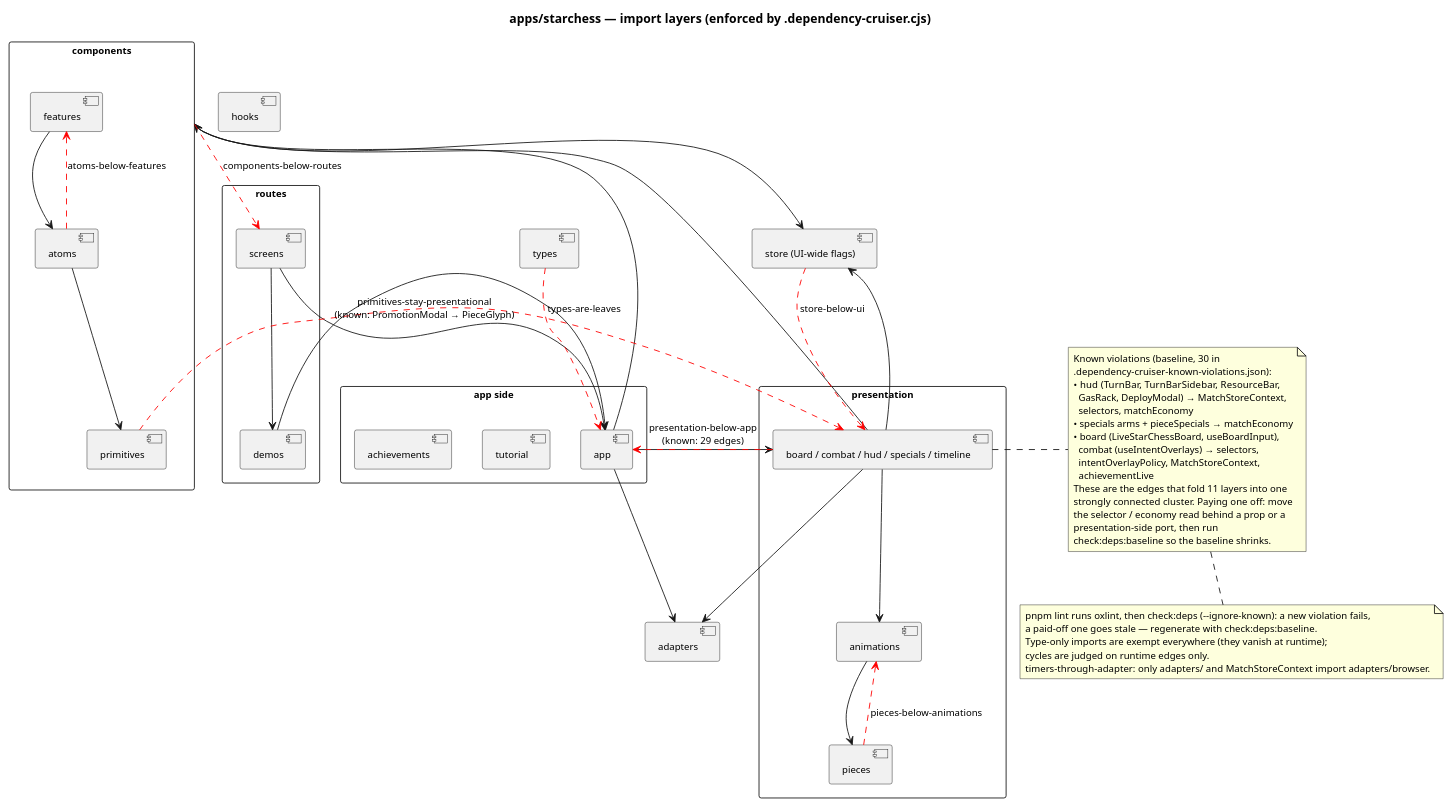
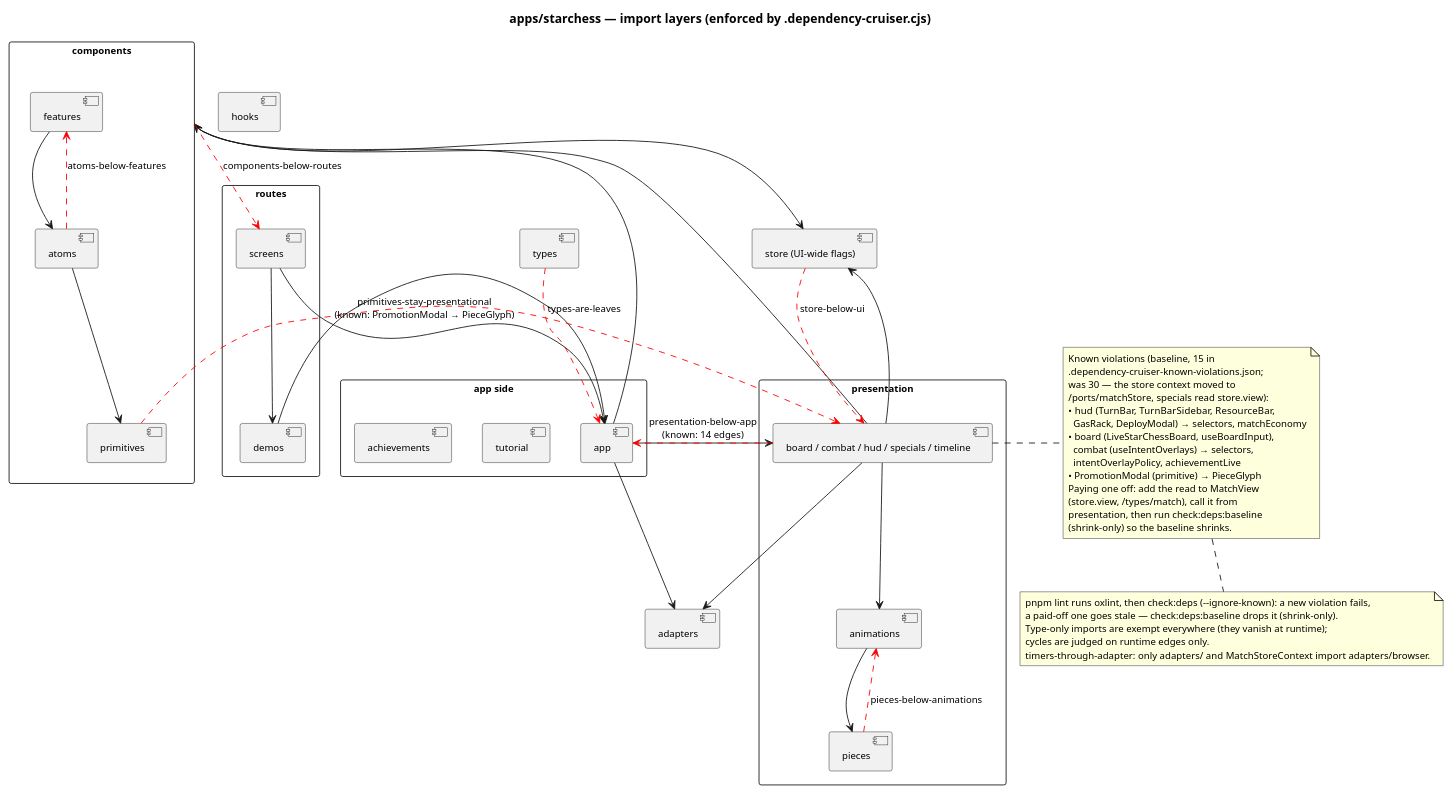
The diagram in _spec/apps/starchess/architecture/layers.puml (proveo-ca/chess-coach), drawn with PlantUML before and after one commit. The commit also changed 39 other files, not shown here.

First line of the commit message:
Scope capabilities per screen; start the presentation port (#35)

```diff
--- a/_spec/apps/starchess/architecture/layers.puml
+++ b/_spec/apps/starchess/architecture/layers.puml
@@ -1,80 +1,79 @@
 @startuml layers
 title apps/starchess — import layers (enforced by .dependency-cruiser.cjs)
 
 skinparam shadowing false
 skinparam defaultFontSize 11
 skinparam packageStyle rectangle
 
 package "routes" {
   [screens] as screens
   [demos] as demos
 }
 package "app side" {
   [app] as app
   [tutorial] as tutorial
   [achievements] as ach
 }
 package "presentation" {
   [animations] as anim
   [pieces] as pieces
   [board / combat / hud / specials / timeline] as pres
 }
 package "components" {
   [features] as features
   [atoms] as atoms
   [primitives] as prims
 }
 [store (UI-wide flags)] as store
 [hooks] as hooks
 [adapters] as adapters
 [types] as types
 
 screens --> demos
 screens --> app
 demos --> app
 app --> pres
 app --> components
 pres --> anim
 anim --> pieces
 pres --> components
 features --> atoms
 atoms --> prims
 pres --> store
 components --> store
 app --> adapters
 pres --> adapters
 
 pieces -[#red,dashed]-> anim : pieces-below-animations
 prims -[#red,dashed]-> pres : primitives-stay-presentational\n(known: PromotionModal → PieceGlyph)
 atoms -[#red,dashed]-> features : atoms-below-features
 components -[#red,dashed]-> screens : components-below-routes
-pres -[#red,dashed]-> app : presentation-below-app\n(known: 29 edges)
+pres -[#red,dashed]-> app : presentation-below-app\n(known: 14 edges)
 store -[#red,dashed]-> pres : store-below-ui
 types -[#red,dashed]-> app : types-are-leaves
 
 note right of pres
-  Known violations (baseline, 30 in
-  .dependency-cruiser-known-violations.json):
+  Known violations (baseline, 15 in
+  .dependency-cruiser-known-violations.json;
+  was 30 — the store context moved to
+  ~/ports/matchStore, specials read store.view):
   • hud (TurnBar, TurnBarSidebar, ResourceBar,
-    GasRack, DeployModal) → MatchStoreContext,
-    selectors, matchEconomy
-  • specials arms + pieceSpecials → matchEconomy
+    GasRack, DeployModal) → selectors, matchEconomy
   • board (LiveStarChessBoard, useBoardInput),
     combat (useIntentOverlays) → selectors,
-    intentOverlayPolicy, MatchStoreContext,
-    achievementLive
-  These are the edges that fold 11 layers into one
-  strongly connected cluster. Paying one off: move
-  the selector / economy read behind a prop or a
-  presentation-side port, then run
-  check:deps:baseline so the baseline shrinks.
+    intentOverlayPolicy, achievementLive
+  • PromotionModal (primitive) → PieceGlyph
+  Paying one off: add the read to MatchView
+  (store.view, ~/types/match), call it from
+  presentation, then run check:deps:baseline
+  (shrink-only) so the baseline shrinks.
 end note
 
 note bottom
   pnpm lint runs oxlint, then check:deps (--ignore-known): a new violation fails,
-  a paid-off one goes stale — regenerate with check:deps:baseline.
+  a paid-off one goes stale — check:deps:baseline drops it (shrink-only).
   Type-only imports are exempt everywhere (they vanish at runtime);
   cycles are judged on runtime edges only.
   timers-through-adapter: only adapters/ and MatchStoreContext import adapters/browser.
 end note
 @enduml
```
